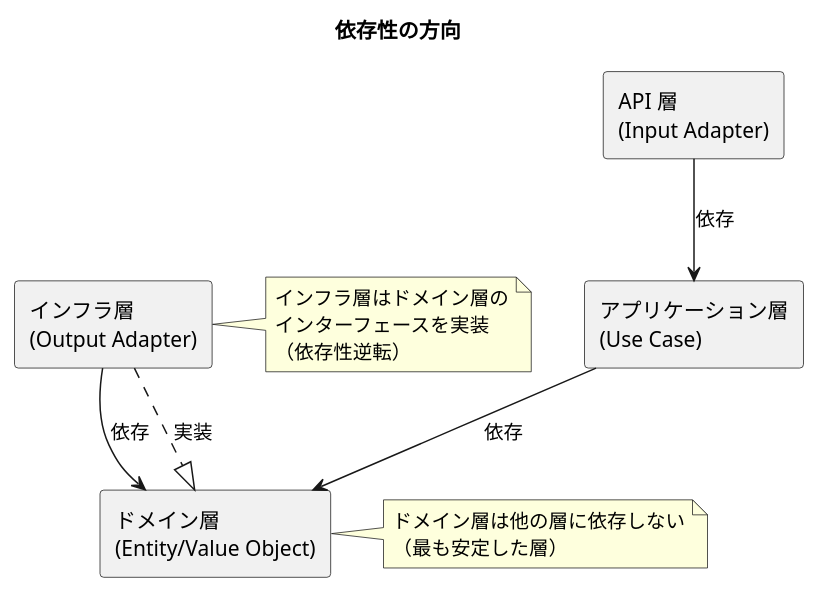
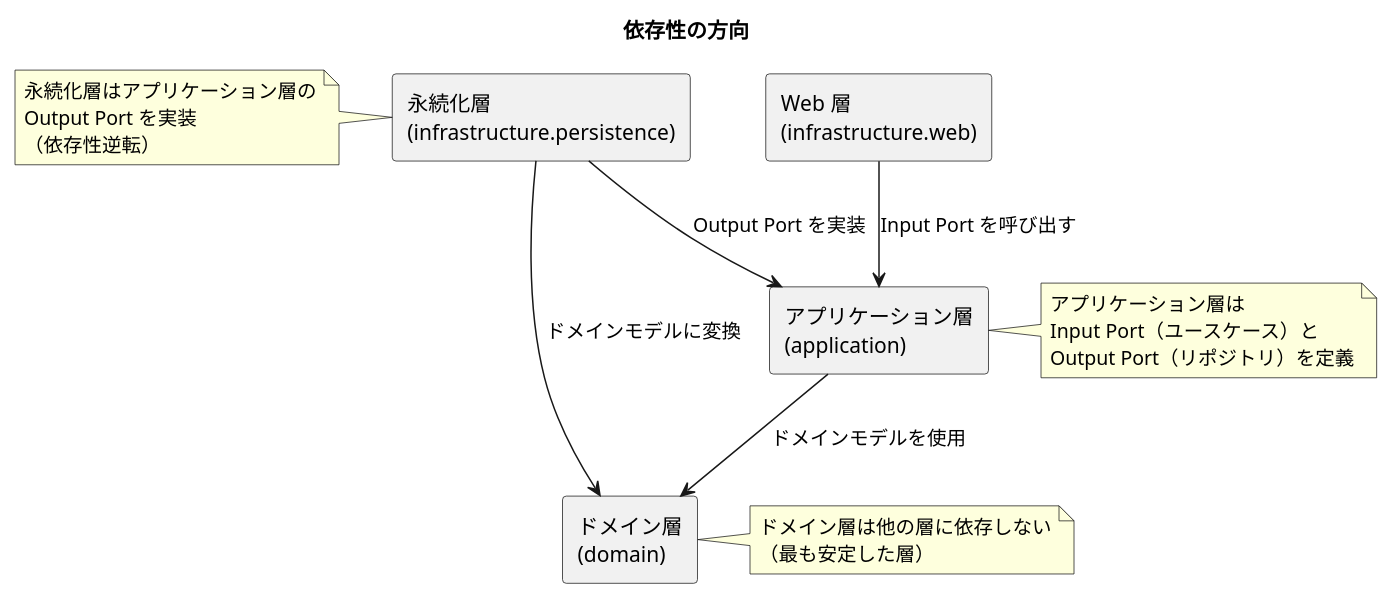
Before and after one commit to k2works/case-study-accounting: the sixth of 6 diagrams in docs/design/architecture_backend.md, drawn with PlantUML. The commit also changed other lines of this file, not shown here.

First line of the commit message:
docs(design): architecture_backend.md の整合性を修正

````diff
--- a/docs/design/architecture_backend.md
+++ b/docs/design/architecture_backend.md
@@ -560,26 +609,32 @@
 ```plantuml
 @startuml
 title 依存性の方向
 
-rectangle "API 層\n(Input Adapter)" as api
-rectangle "アプリケーション層\n(Use Case)" as app
-rectangle "ドメイン層\n(Entity/Value Object)" as domain
-rectangle "インフラ層\n(Output Adapter)" as infra
+rectangle "Web 層\n(infrastructure.web)" as web
+rectangle "アプリケーション層\n(application)" as app
+rectangle "ドメイン層\n(domain)" as domain
+rectangle "永続化層\n(infrastructure.persistence)" as persistence
 
-api --> app : 依存
-app --> domain : 依存
-infra --> domain : 依存
-infra ..|> domain : 実装
+web --> app : Input Port を呼び出す
+app --> domain : ドメインモデルを使用
+persistence --> app : Output Port を実装
+persistence --> domain : ドメインモデルに変換
 
 note right of domain
   ドメイン層は他の層に依存しない
   （最も安定した層）
 end note
 
-note right of infra
-  インフラ層はドメイン層の
-  インターフェースを実装
+note right of app
+  アプリケーション層は
+  Input Port（ユースケース）と
+  Output Port（リポジトリ）を定義
+end note
+
+note left of persistence
+  永続化層はアプリケーション層の
+  Output Port を実装
   （依存性逆転）
 end note
 @enduml
 ```
````
